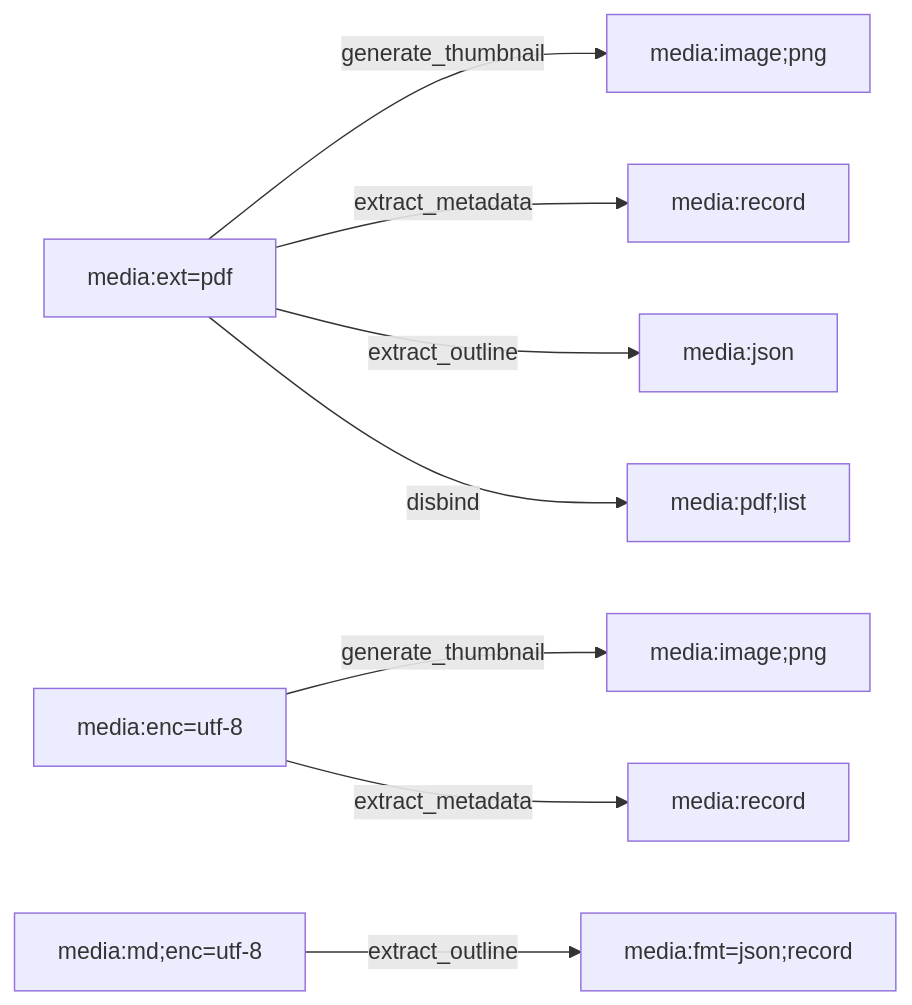
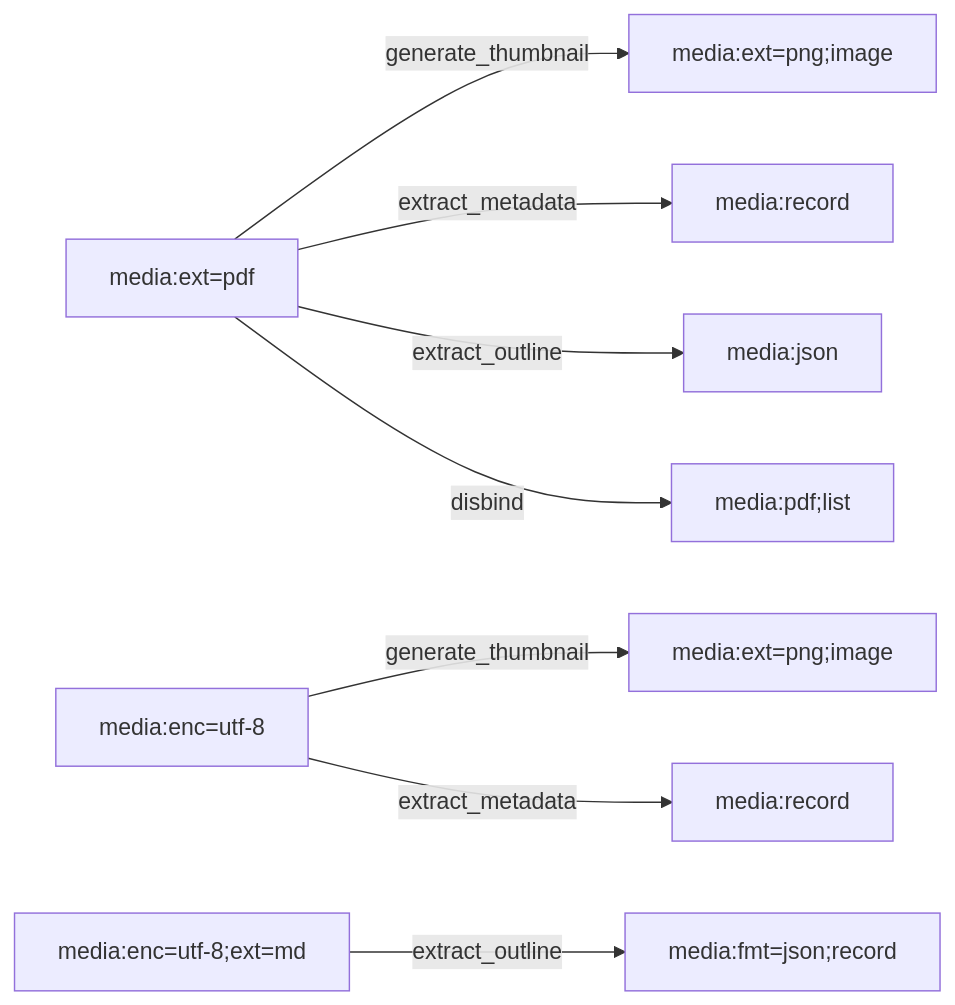
One commit to machinefabric/capdag changed the diagram in docs/16.4-content-cartridges.md. Above: the diagram before and after it, drawn with Mermaid. The commit also changed other lines of this file and 24 other files, not shown here.

````diff
--- a/docs/16.4-content-cartridges.md
+++ b/docs/16.4-content-cartridges.md
@@ -25,11 +25,11 @@
 ```mermaid
 graph LR
-    PDF["media:ext=pdf"] -->|generate_thumbnail| IMG["media:image;png"]
+    PDF["media:ext=pdf"] -->|generate_thumbnail| IMG["media:ext=png;image"]
     PDF -->|extract_metadata| REC["media:record"]
     PDF -->|extract_outline| JSON["media:json"]
     PDF -->|disbind| LIST["media:pdf;list"]
 
-    TXT["media:enc=utf-8"] -->|generate_thumbnail| IMG2["media:image;png"]
+    TXT["media:enc=utf-8"] -->|generate_thumbnail| IMG2["media:ext=png;image"]
     TXT -->|extract_metadata| REC2["media:record"]
-    MD["media:md;enc=utf-8"] -->|extract_outline| JSON2["media:fmt=json;record"]
+    MD["media:enc=utf-8;ext=md"] -->|extract_outline| JSON2["media:fmt=json;record"]
 ```
````
